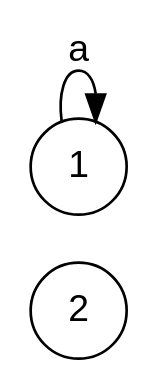
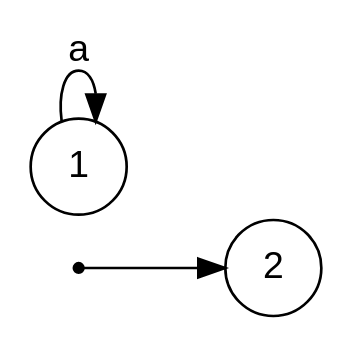
One commit to jmolinski/jpp changed the diagram in zadanie-prolog/testy/pack/graphviz/src/example_b4.dot. Above: the diagram before and after it, drawn with Graphviz. The commit also changed 68 other files, not shown here.

```diff
--- a/zadanie-prolog/testy/pack/graphviz/src/example_b4.dot
+++ b/zadanie-prolog/testy/pack/graphviz/src/example_b4.dot
@@ -1,9 +1,9 @@
 digraph finite_state_machine {
 	fontname="Helvetica,Arial,sans-serif"
 	node [fontname="Helvetica,Arial,sans-serif"]
 	edge [fontname="Helvetica,Arial,sans-serif"]
 	rankdir=LR;
 	node [shape = circle]; 2;
 	node [shape = circle];
 	1 -> 1 [label = "a"];
-}
+	nowhere [shape=point];	nowhere -> 2;}
```
